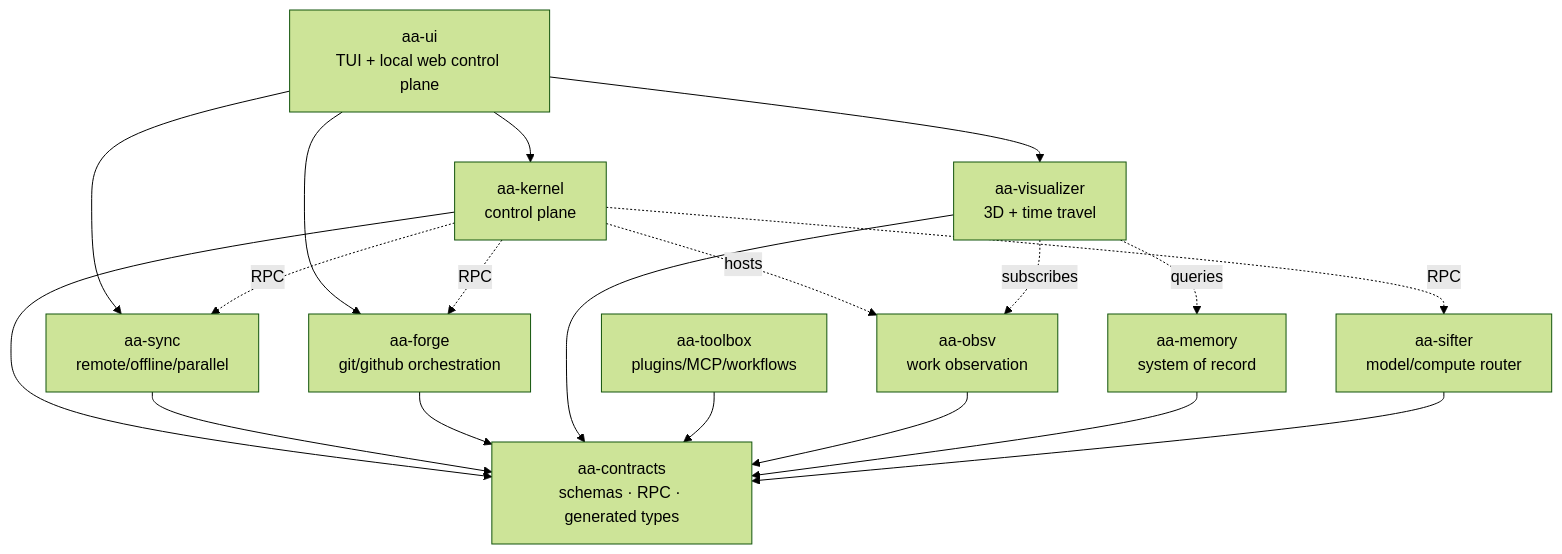
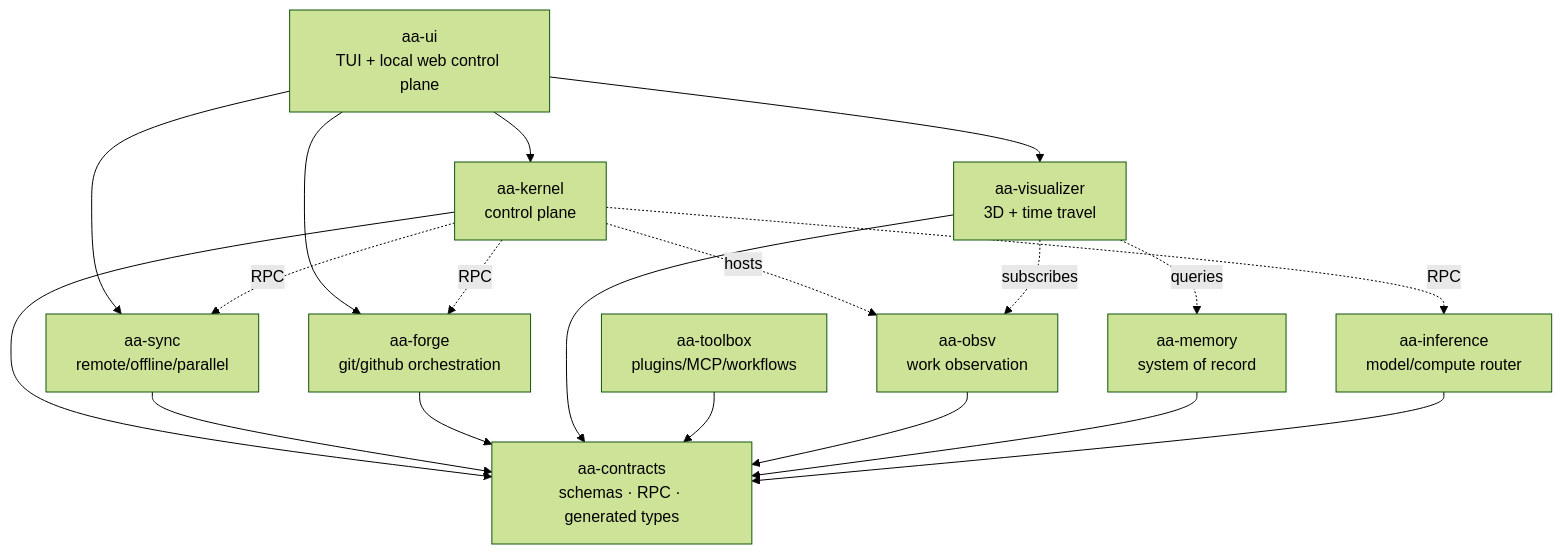
One commit to greadee/aa changed the first of 6 diagrams in docs/architecture/README.md. Above: the diagram before and after it, drawn with Mermaid (forest theme). The commit also changed other lines of this file and 355 other files, not shown here.

Commit message:
rename sifter to inference under runtime

````diff
--- a/docs/architecture/README.md
+++ b/docs/architecture/README.md
@@ -32,32 +32,32 @@
 ```mermaid
 flowchart TB
     ui["aa-ui<br/>TUI + local web control plane"]
     kernel["aa-kernel<br/>control plane"]
     sync["aa-sync<br/>remote/offline/parallel"]
     forge["aa-forge<br/>git/github orchestration"]
     visualizer["aa-visualizer<br/>3D + time travel"]
     toolbox["aa-toolbox<br/>plugins/MCP/workflows"]
     contracts["aa-contracts<br/>schemas · RPC · generated types"]
     obsv["aa-obsv<br/>work observation"]
     memory["aa-memory<br/>system of record"]
-    sifter["aa-sifter<br/>model/compute router"]
+    inference["aa-inference<br/>model/compute router"]
 
     ui --> kernel
     ui --> visualizer
     ui --> forge
     ui --> sync
     kernel --> contracts
     sync --> contracts
     forge --> contracts
     visualizer --> contracts
     toolbox --> contracts
     obsv --> contracts
     memory --> contracts
-    sifter --> contracts
+    inference --> contracts
     kernel -.hosts.-> obsv
-    kernel -.RPC.-> sifter
+    kernel -.RPC.-> inference
     kernel -.RPC.-> sync
     kernel -.RPC.-> forge
     visualizer -.subscribes.-> obsv
     visualizer -.queries.-> memory
 ```
````
